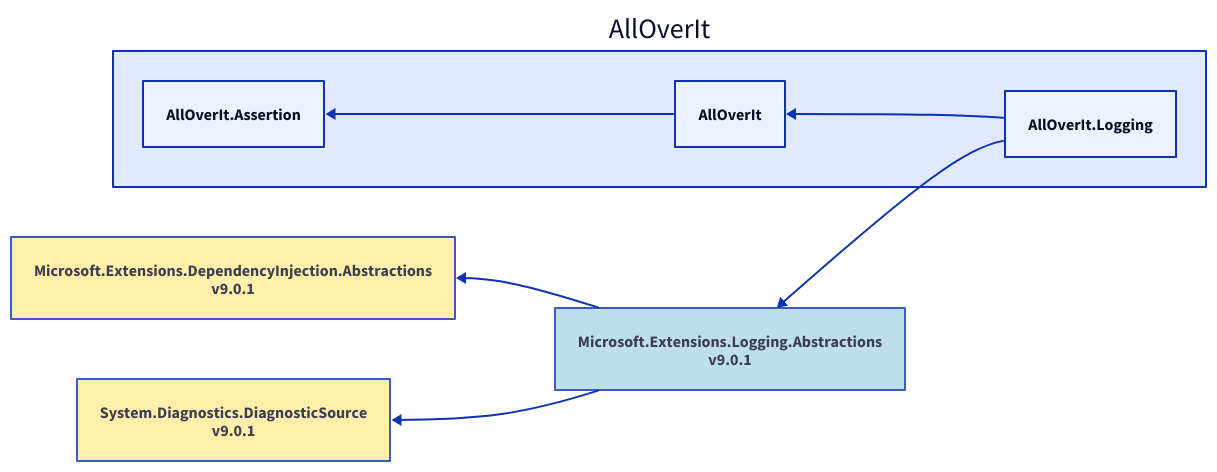
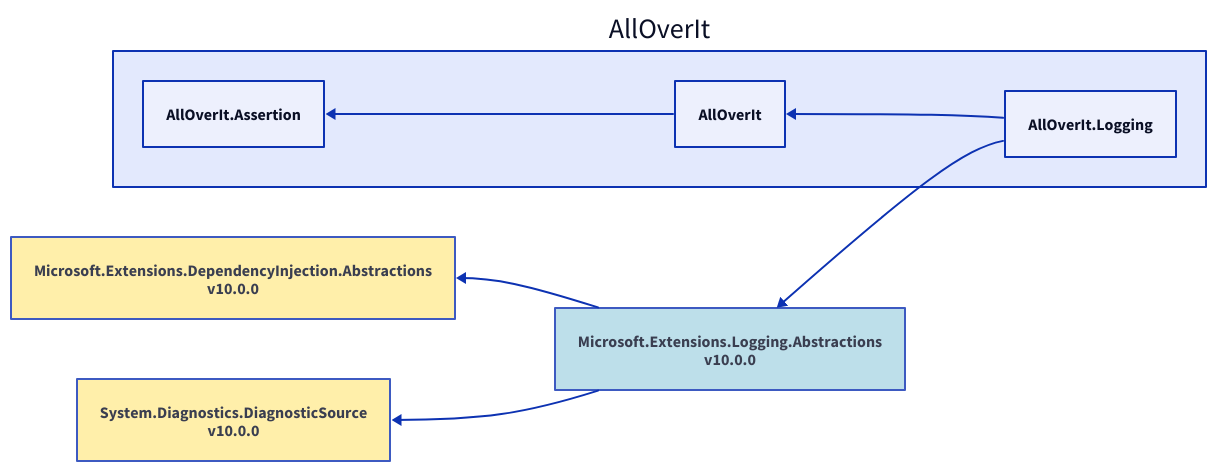
The diagram in Docs/Reference/Content/images/dependencies/net9.0/alloverit-logging.d2 (mjfreelancing/AllOverIt), drawn with D2 before and after one commit. The commit also changed 163 other files, not shown here.

```diff
--- a/Docs/Reference/Content/images/dependencies/net9.0/alloverit-logging.d2
+++ b/Docs/Reference/Content/images/dependencies/net9.0/alloverit-logging.d2
@@ -1,20 +1,20 @@
 direction: left
 
 aoi: AllOverIt
 aoi.alloverit-logging: AllOverIt.Logging
-microsoft-extensions-logging-abstractions_9-0-1: Microsoft.Extensions.Logging.Abstractions\nv9.0.1
-microsoft-extensions-logging-abstractions_9-0-1.style.fill: "#ADD8E6"
-microsoft-extensions-logging-abstractions_9-0-1.style.opacity: 0.8
-microsoft-extensions-dependencyinjection-abstractions_9-0-1: Microsoft.Extensions.DependencyInjection.Abstractions\nv9.0.1
-microsoft-extensions-dependencyinjection-abstractions_9-0-1.style.fill: "#FFEC96"
-microsoft-extensions-dependencyinjection-abstractions_9-0-1.style.opacity: 0.8
-microsoft-extensions-dependencyinjection-abstractions_9-0-1 <- microsoft-extensions-logging-abstractions_9-0-1
-system-diagnostics-diagnosticsource_9-0-1: System.Diagnostics.DiagnosticSource\nv9.0.1
-system-diagnostics-diagnosticsource_9-0-1.style.fill: "#FFEC96"
-system-diagnostics-diagnosticsource_9-0-1.style.opacity: 0.8
-system-diagnostics-diagnosticsource_9-0-1 <- microsoft-extensions-logging-abstractions_9-0-1
-microsoft-extensions-logging-abstractions_9-0-1 <- aoi.alloverit-logging
+microsoft-extensions-logging-abstractions_10-0-0: Microsoft.Extensions.Logging.Abstractions\nv10.0.0
+microsoft-extensions-logging-abstractions_10-0-0.style.fill: "#ADD8E6"
+microsoft-extensions-logging-abstractions_10-0-0.style.opacity: 0.8
+microsoft-extensions-dependencyinjection-abstractions_10-0-0: Microsoft.Extensions.DependencyInjection.Abstractions\nv10.0.0
+microsoft-extensions-dependencyinjection-abstractions_10-0-0.style.fill: "#FFEC96"
+microsoft-extensions-dependencyinjection-abstractions_10-0-0.style.opacity: 0.8
+microsoft-extensions-dependencyinjection-abstractions_10-0-0 <- microsoft-extensions-logging-abstractions_10-0-0
+system-diagnostics-diagnosticsource_10-0-0: System.Diagnostics.DiagnosticSource\nv10.0.0
+system-diagnostics-diagnosticsource_10-0-0.style.fill: "#FFEC96"
+system-diagnostics-diagnosticsource_10-0-0.style.opacity: 0.8
+system-diagnostics-diagnosticsource_10-0-0 <- microsoft-extensions-logging-abstractions_10-0-0
+microsoft-extensions-logging-abstractions_10-0-0 <- aoi.alloverit-logging
 aoi.alloverit: AllOverIt
 aoi.alloverit-assertion: AllOverIt.Assertion
 aoi.alloverit-assertion <- aoi.alloverit
 aoi.alloverit <- aoi.alloverit-logging
```
